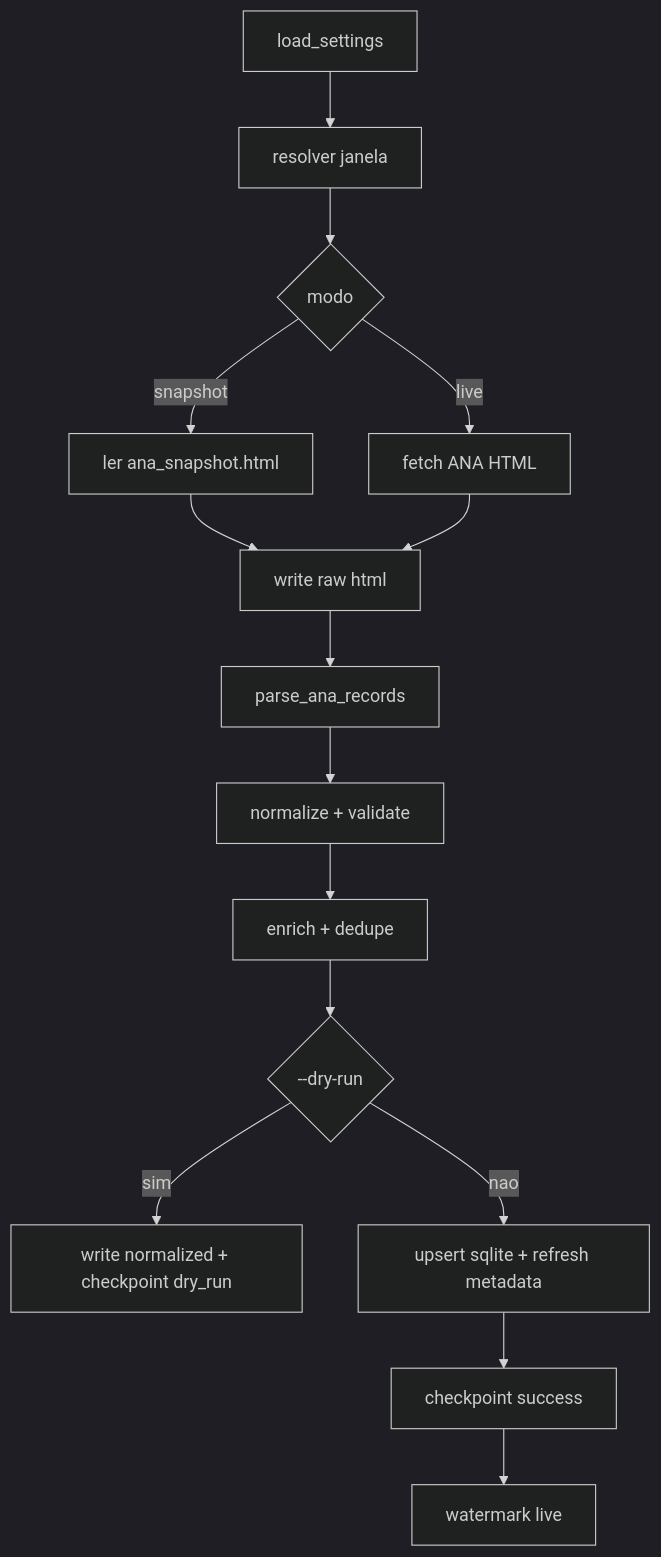
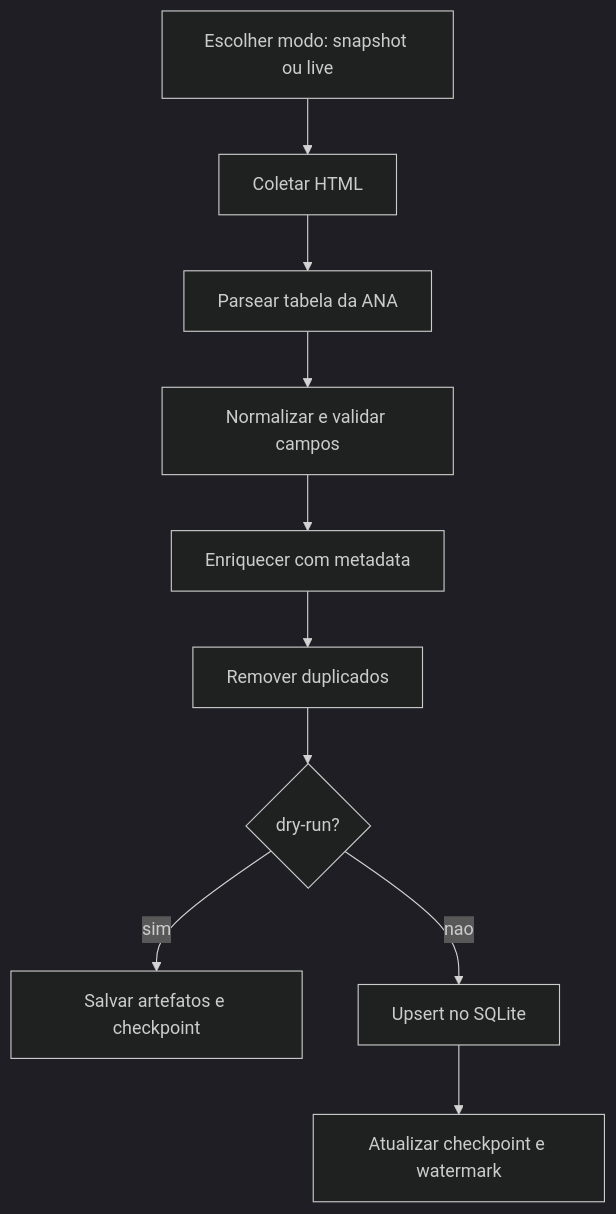
One commit to ypcastro/atmo_prova_selecao_analista_middle_office changed the diagram in README.md. Above: the diagram before and after it, drawn with Mermaid (dark theme). The commit also changed other lines of this file and 3 other files, not shown here.

````diff
--- a/README.md
+++ b/README.md
@@ -59,17 +50,12 @@
 ```mermaid
 flowchart TD
-    A[load_settings] --> B[resolver janela]
-    B --> C{modo}
-    C -->|snapshot| D[ler ana_snapshot.html]
-    C -->|live| E[fetch ANA HTML]
-    D --> F[write raw html]
-    E --> F
-    F --> G[parse_ana_records]
-    G --> H[normalize + validate]
-    H --> I[enrich + dedupe]
-    I --> J{--dry-run}
-    J -->|sim| K[write normalized + checkpoint dry_run]
-    J -->|nao| L[upsert sqlite + refresh metadata]
-    L --> M[checkpoint success]
-    M --> N[watermark live]
+    A[Escolher modo: snapshot ou live] --> B[Coletar HTML]
+    B --> C[Parsear tabela da ANA]
+    C --> D[Normalizar e validar campos]
+    D --> E[Enriquecer com metadata]
+    E --> F[Remover duplicados]
+    F --> G{dry-run?}
+    G -->|sim| H[Salvar artefatos e checkpoint]
+    G -->|nao| I[Upsert no SQLite]
+    I --> J[Atualizar checkpoint e watermark]
 ```
````
